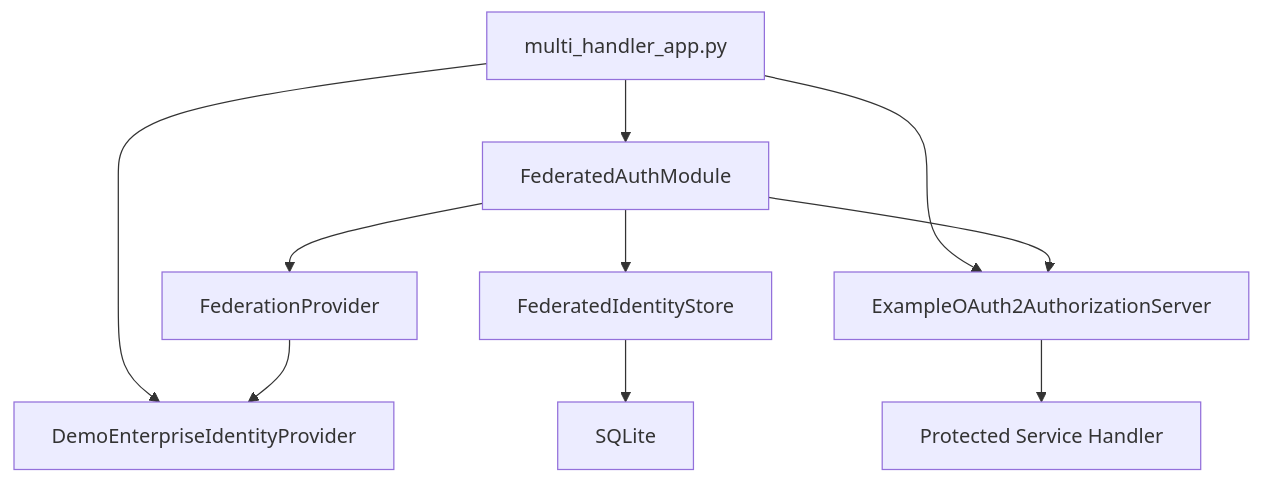
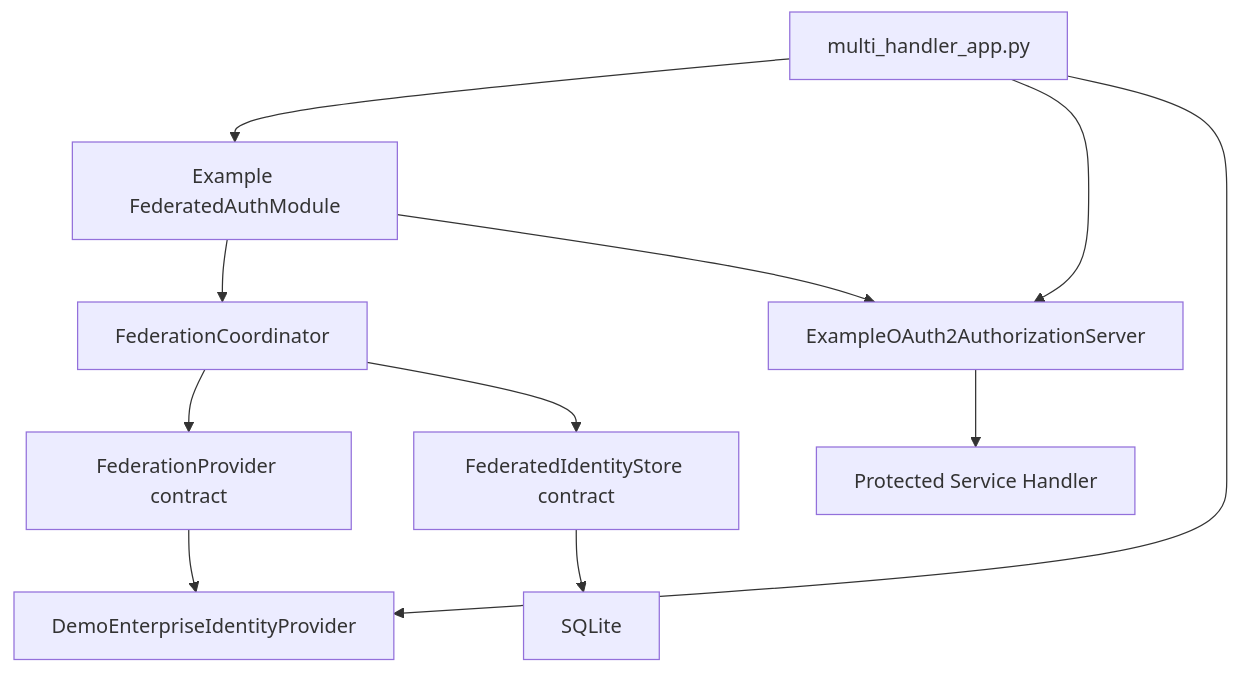
One commit to openJiuwen-ai/agent-runtime changed the first of 3 diagrams in service/examples/federated_auth/README.md. Above: the diagram before and after it, drawn with Mermaid. The commit also changed other lines of this file and 41 other files, not shown here.

````diff
--- a/service/examples/federated_auth/README.md
+++ b/service/examples/federated_auth/README.md
@@ -75,21 +93,23 @@
 ```mermaid
 flowchart TD
     App["multi_handler_app.py"]
-    Module["FederatedAuthModule"]
-    Provider["FederationProvider"]
-    Store["FederatedIdentityStore"]
+    Module["Example FederatedAuthModule"]
+    Coordinator["FederationCoordinator"]
+    Provider["FederationProvider contract"]
+    Store["FederatedIdentityStore contract"]
     OAuth["ExampleOAuth2AuthorizationServer"]
     IdP["DemoEnterpriseIdentityProvider"]
     SQLite["SQLite"]
     Handler["Protected Service Handler"]
 
     App --> Module
     App --> OAuth
     App --> IdP
-    Module --> Provider
-    Module --> Store
+    Module --> Coordinator
     Module --> OAuth
+    Coordinator --> Provider
+    Coordinator --> Store
     Provider --> IdP
     Store --> SQLite
     OAuth --> Handler
 ```
````
